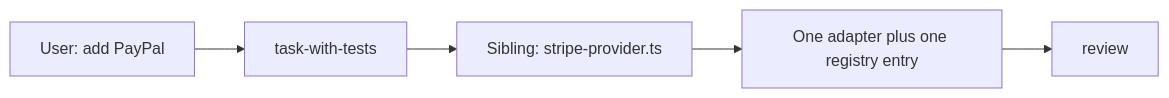
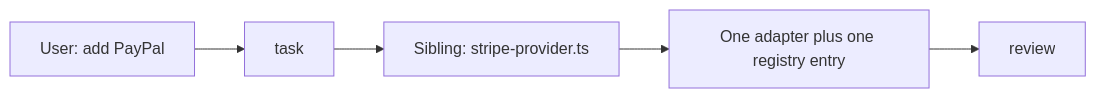
Before and after one commit to Gabriel-Lafrance/Skills: the diagram in skills/rules/journeys/follow-up-fits-the-seam.md, drawn with Mermaid. The commit also changed other lines of this file and 32 other files, not shown here.

First line of the commit message:
feat: drop task-with-tests and make tests coded verifications owned by /verification

````diff
--- a/skills/rules/journeys/follow-up-fits-the-seam.md
+++ b/skills/rules/journeys/follow-up-fits-the-seam.md
@@ -8,7 +8,7 @@
 ```mermaid
 flowchart LR
-  ask[User: add PayPal] --> build[task-with-tests]
+  ask[User: add PayPal] --> build[task]
   build --> sibling[Sibling: stripe-provider.ts]
   sibling --> diff[One adapter plus one registry entry]
   diff --> review[review]
 ```
````
